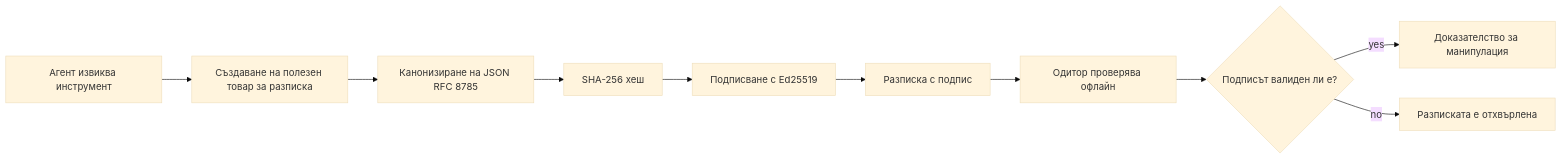
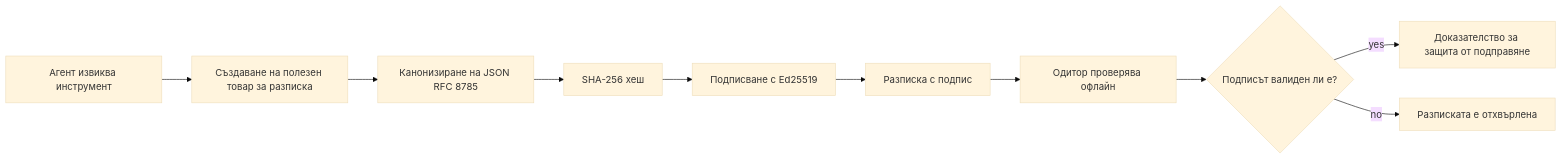
One commit to gabrielmoreira/agent-skills-mirror changed the first of 2 diagrams in mirrors/repos/microsoft@ai-agents-for-beginners/translations/bg/18-securing-ai-agents/README.md. Above: the diagram before and after it, drawn with Mermaid (base theme). The commit also changed other lines of this file and 4482 other files, not shown here.

````diff
--- a/mirrors/repos/microsoft@ai-agents-for-beginners/translations/bg/18-securing-ai-agents/README.md
+++ b/mirrors/repos/microsoft@ai-agents-for-beginners/translations/bg/18-securing-ai-agents/README.md
@@ -51,12 +51,12 @@
 ```mermaid
 flowchart LR
     A[Агент извиква инструмент] --> B[Създаване на полезен товар за разписка]
     B --> C[Канонизиране на JSON RFC 8785]
     C --> D[SHA-256 хеш]
     D --> E[Подписване с Ed25519]
     E --> F[Разписка с подпис]
     F --> G[Одитор проверява офлайн]
     G --> H{Подписът валиден ли е?}
-    H -- yes --> I[Доказателство за манипулация]
+    H -- yes --> I[Доказателство за защита от подправяне]
     H -- no --> J[Разписката е отхвърлена]
 ```
````
